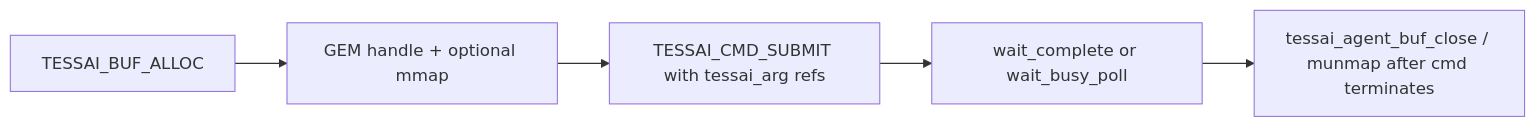
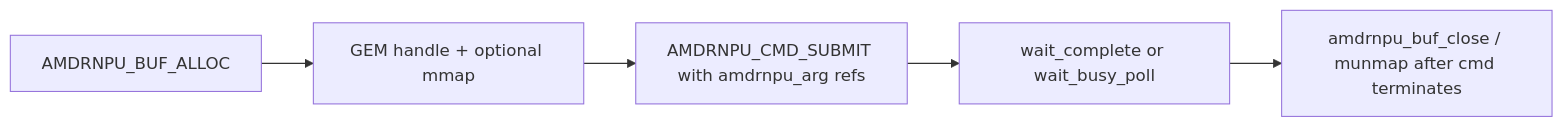
The third of 3 diagrams in docs/lib-userspace-flow.md (Xilinx/amdrnpu), drawn with Mermaid before and after one commit. The commit also changed other lines of this file and 107 other files, not shown here.

Commit message:
Change all tessai references to amdrnpu

````diff
--- a/docs/lib-userspace-flow.md
+++ b/docs/lib-userspace-flow.md
@@ -154,7 +154,7 @@
 ```mermaid
 flowchart LR
-    A[TESSAI_BUF_ALLOC] --> B[GEM handle + optional mmap]
-    B --> C[TESSAI_CMD_SUBMIT with tessai_arg refs]
+    A[AMDRNPU_BUF_ALLOC] --> B[GEM handle + optional mmap]
+    B --> C[AMDRNPU_CMD_SUBMIT with amdrnpu_arg refs]
     C --> D[wait_complete or wait_busy_poll]
-    D --> E[tessai_agent_buf_close / munmap after cmd terminates]
+    D --> E[amdrnpu_buf_close / munmap after cmd terminates]
 ```
````
